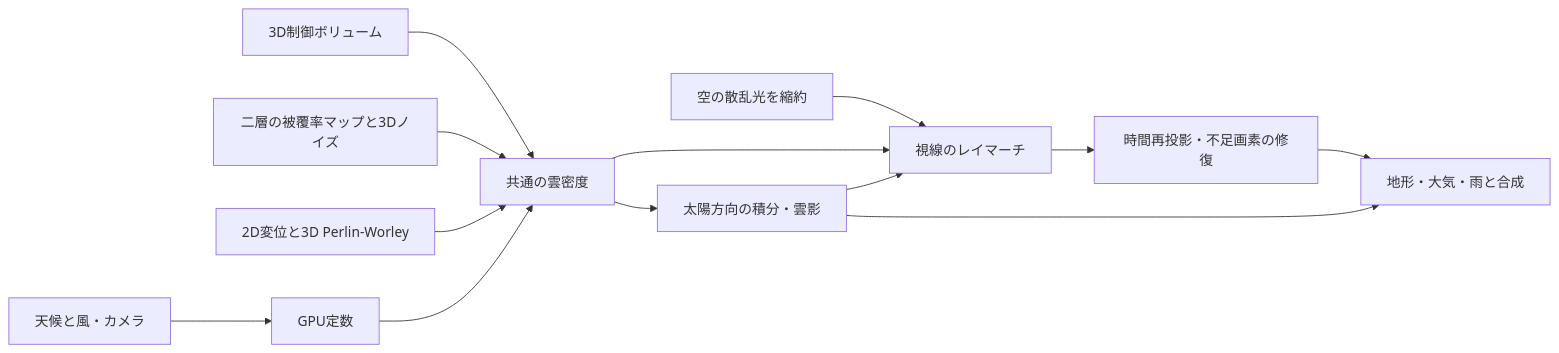
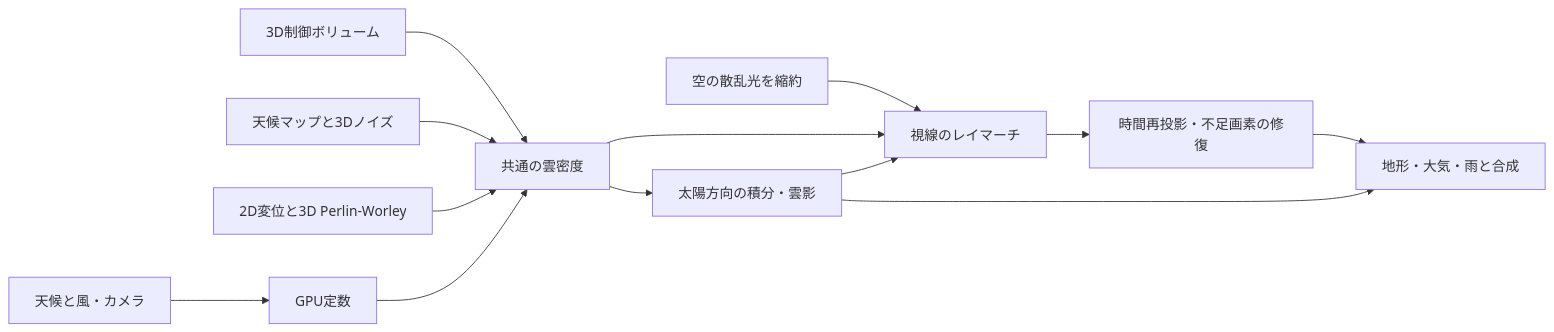
Before and after one commit to slringal2/CirrusEngine-Public: the diagram in docs/implementation-guide.md, drawn with Mermaid. The commit also changed other lines of this file and 8 other files, not shown here.

````diff
--- a/docs/implementation-guide.md
+++ b/docs/implementation-guide.md
@@ -5,15 +5,15 @@
 ```mermaid
 flowchart LR
     A[天候と風・カメラ] --> B[GPU定数]
     C[3D制御ボリューム] --> D[共通の雲密度]
-    M[二層の被覆率マップと3Dノイズ] --> D
+    M[天候マップと3Dノイズ] --> D
     N[2D変位と3D Perlin-Worley] --> D
     K[空の散乱光を縮約] --> E
     B --> D
     D --> E[視線のレイマーチ]
     D --> S[太陽方向の積分・雲影]
     S --> E
     E --> T[時間再投影・不足画素の修復]
     T --> F[地形・大気・雨と合成]
     S --> F
 ```
````
